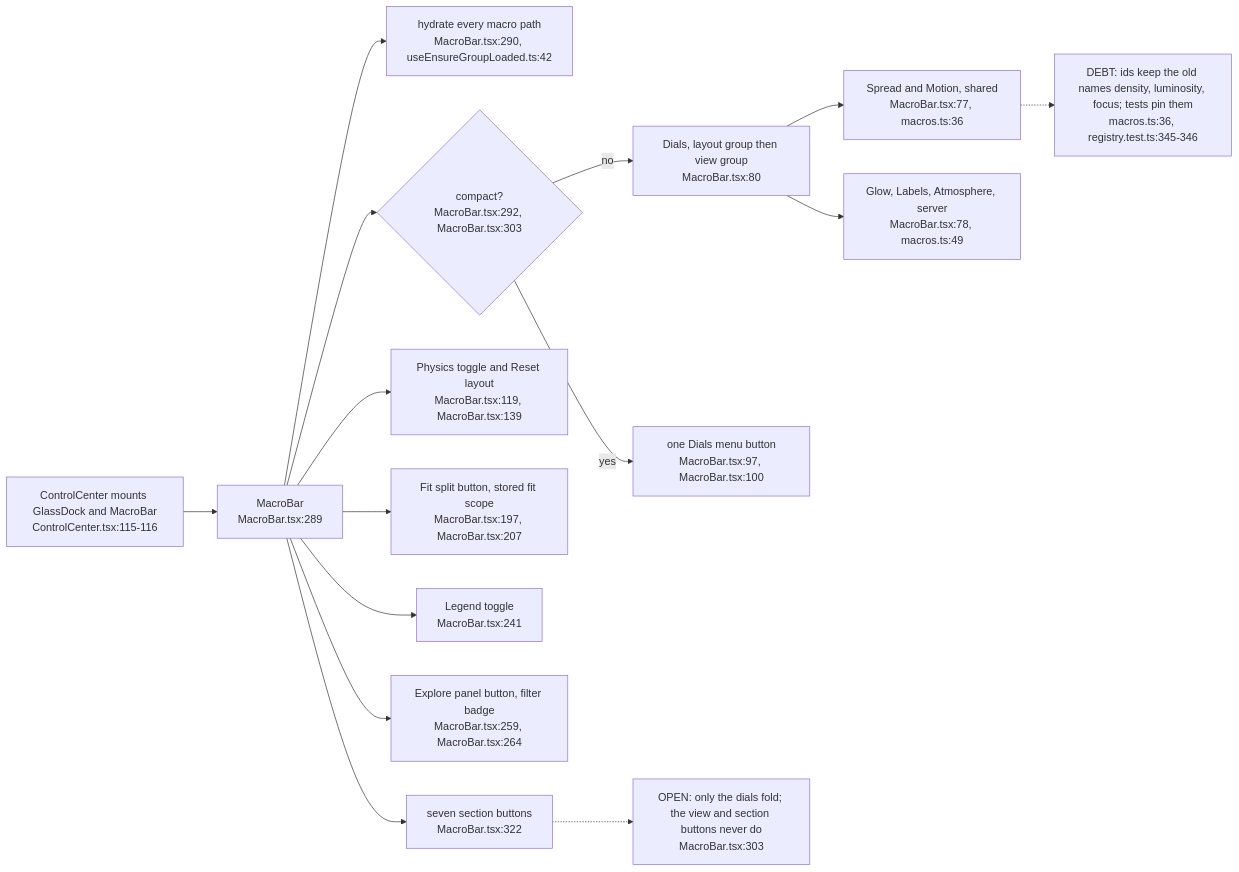
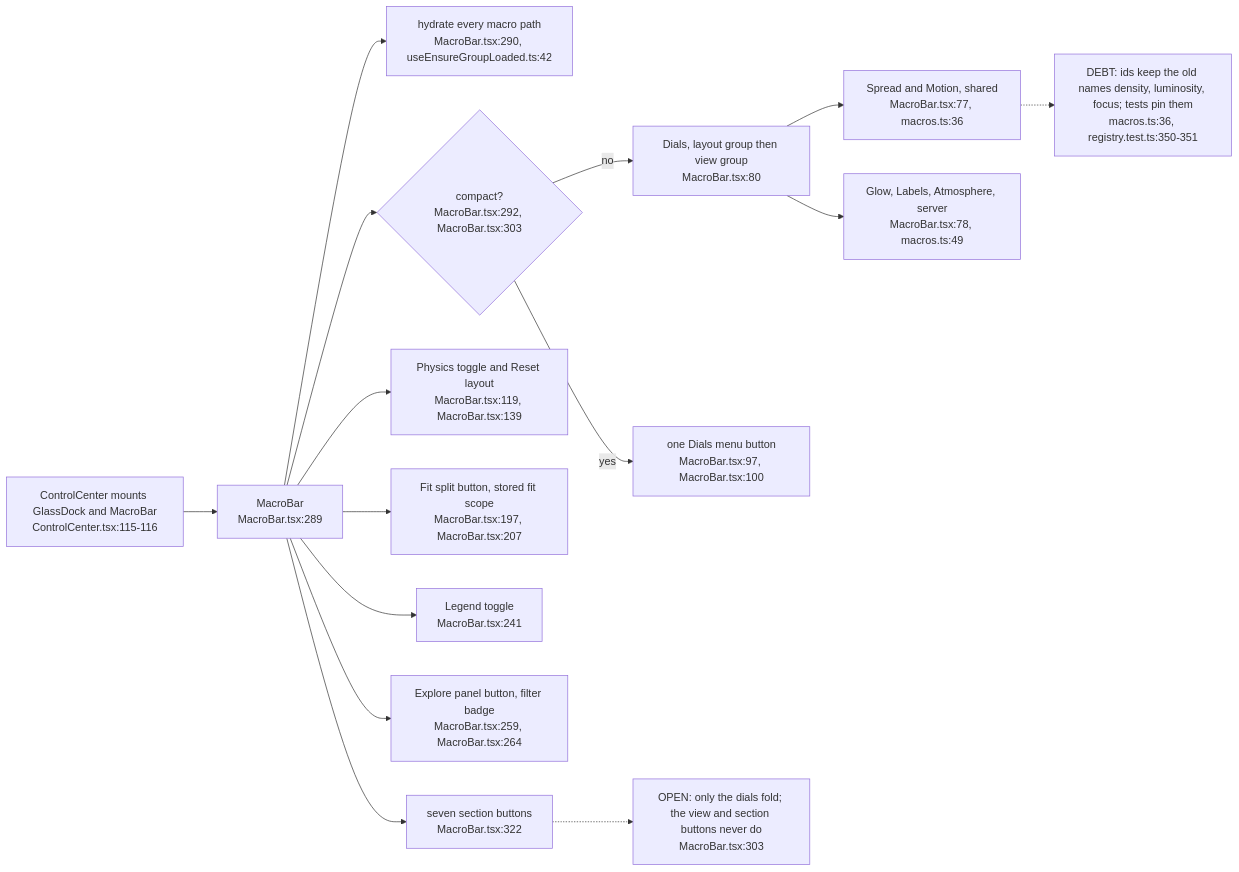
Before and after one commit to DreamLab-AI/VisionFlow: the sixth of 12 diagrams in docs/diagrams/visionclaw/57-control-centre-ia-and-drawer.md, drawn with Mermaid. The commit also changed other lines of this file and 6 other files, not shown here.

First line of the commit message:
diagrams(visionclaw): re-verify VC-51..57 at visionclaw 4900ec60

````diff
--- a/docs/diagrams/visionclaw/57-control-centre-ia-and-drawer.md
+++ b/docs/diagrams/visionclaw/57-control-centre-ia-and-drawer.md
@@ -217,17 +217,17 @@
 ```mermaid
 flowchart LR
     CC["ControlCenter mounts GlassDock and MacroBar<br/>ControlCenter.tsx:115-116"] --> MB["MacroBar<br/>MacroBar.tsx:289"]
     MB --> HYD["hydrate every macro path<br/>MacroBar.tsx:290, useEnsureGroupLoaded.ts:42"]
     MB --> FOLD{"compact?<br/>MacroBar.tsx:292, MacroBar.tsx:303"}
     FOLD -->|no| DIALS["Dials, layout group then view group<br/>MacroBar.tsx:80"]
     FOLD -->|yes| DM["one Dials menu button<br/>MacroBar.tsx:97, MacroBar.tsx:100"]
     DIALS --> LD["Spread and Motion, shared<br/>MacroBar.tsx:77, macros.ts:36"]
     DIALS --> VD["Glow, Labels, Atmosphere, server<br/>MacroBar.tsx:78, macros.ts:49"]
     MB --> PT["Physics toggle and Reset layout<br/>MacroBar.tsx:119, MacroBar.tsx:139"]
     MB --> FIT["Fit split button, stored fit scope<br/>MacroBar.tsx:197, MacroBar.tsx:207"]
     MB --> LEG["Legend toggle<br/>MacroBar.tsx:241"]
     MB --> EXP["Explore panel button, filter badge<br/>MacroBar.tsx:259, MacroBar.tsx:264"]
     MB --> SEC["seven section buttons<br/>MacroBar.tsx:322"]
-    LD -.-> IDS["DEBT: ids keep the old names density, luminosity, focus; tests pin them<br/>macros.ts:36, registry.test.ts:345-346"]
+    LD -.-> IDS["DEBT: ids keep the old names density, luminosity, focus; tests pin them<br/>macros.ts:36, registry.test.ts:350-351"]
     SEC -.-> ONE["OPEN: only the dials fold; the view and section buttons never do<br/>MacroBar.tsx:303"]
 ```
````
